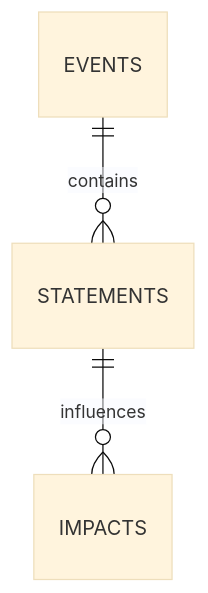
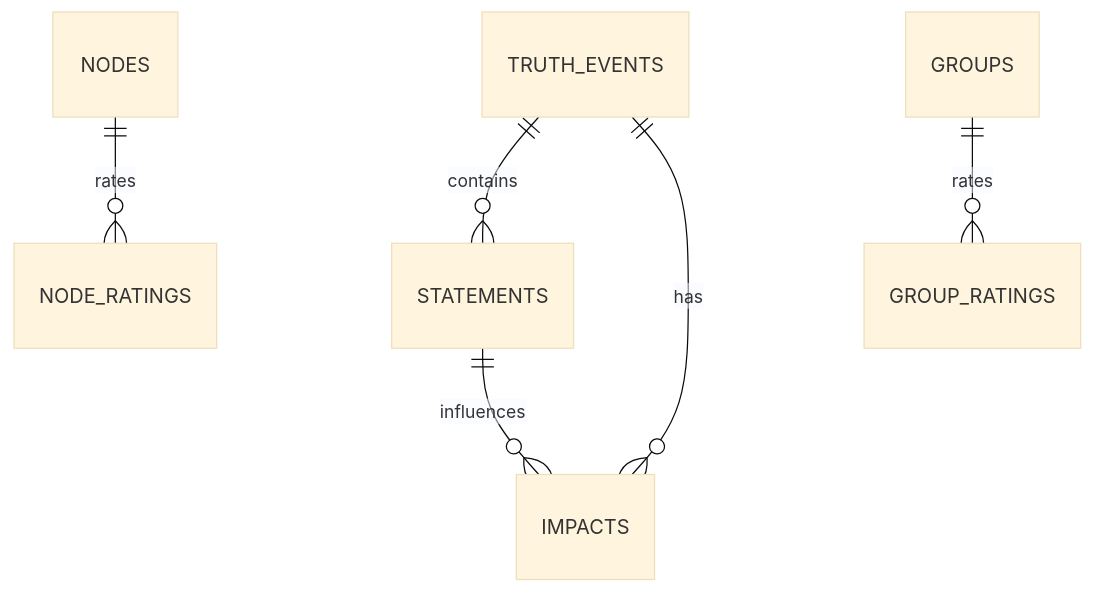
One commit to ekwator/truth-training changed the second of 2 diagrams in README.md. Above: the diagram before and after it, drawn with Mermaid (base theme). The commit also changed other lines of this file, not shown here.

````diff
--- a/README.md
+++ b/README.md
@@ -242,5 +56,8 @@
 ```mermaid
 erDiagram
-    EVENTS ||--o{ STATEMENTS : contains
+    TRUTH_EVENTS ||--o{ STATEMENTS : contains
     STATEMENTS ||--o{ IMPACTS : influences
+    TRUTH_EVENTS ||--o{ IMPACTS : has
+    NODES ||--o{ NODE_RATINGS : rates
+    GROUPS ||--o{ GROUP_RATINGS : rates
 ```
````
